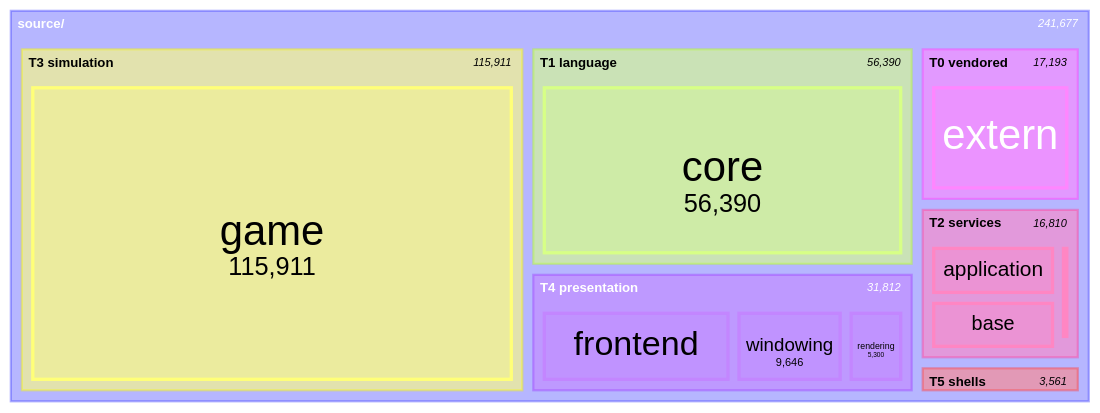
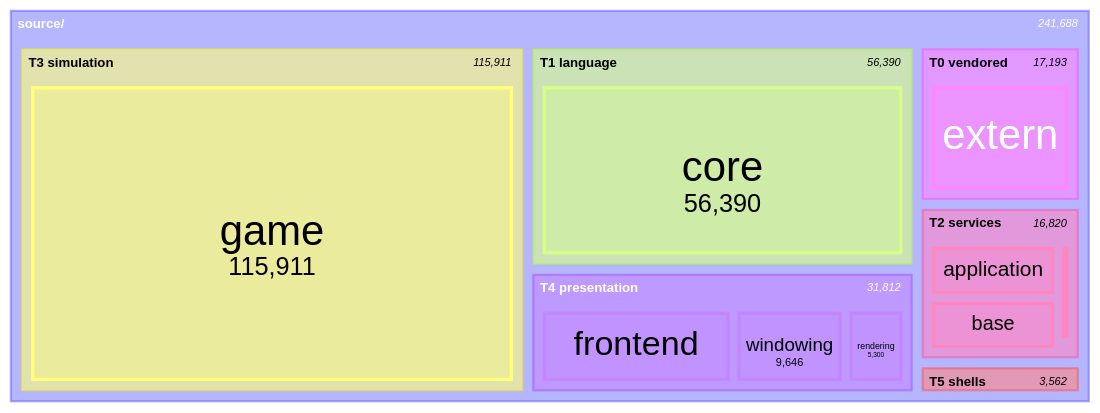
Before and after one commit to apnex/OpenStarbound: the seventh of 11 diagrams in docs/architecture/system-boundaries.md, drawn with Mermaid. The commit also changed other lines of this file and 2 other files, not shown here.

````diff
--- a/docs/architecture/system-boundaries.md
+++ b/docs/architecture/system-boundaries.md
@@ -599,22 +599,22 @@
 ```mermaid
 treemap-beta
 "source/"
     "T0 vendored"
         "extern": 17193
     "T1 language"
         "core": 56390
     "T2 services"
-        "application": 7677
+        "application": 7687
         "base": 7472
         "metrics": 1519
         "platform": 142
     "T3 simulation"
         "game": 115911
     "T4 presentation"
         "frontend": 16866
         "windowing": 9646
         "rendering": 5300
     "T5 shells"
-        "client": 2778
+        "client": 2779
         "server": 783
 ```
````
